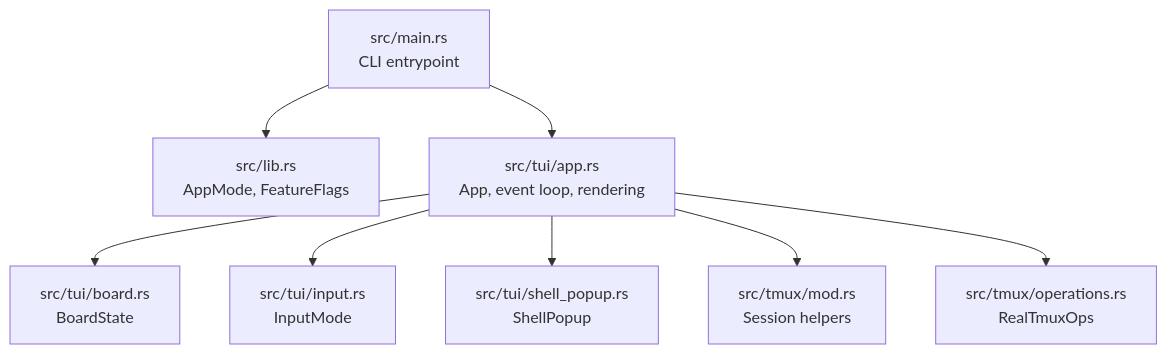
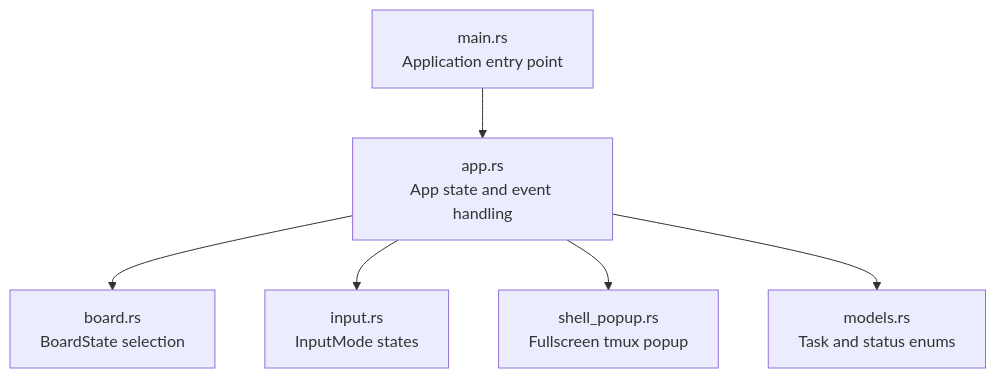
The first of 5 diagrams in .qoder/repowiki/en/content/User Interface Guide/User Interface Guide.md (bramburn/agtx), drawn with Mermaid before and after one commit. The commit also changed other lines of this file and 140 other files, not shown here.

First line of the commit message:
fix(tui): add F2 footer navigation support to shell popup

````diff
--- a/.qoder/repowiki/en/content/User Interface Guide/User Interface Guide.md
+++ b/.qoder/repowiki/en/content/User Interface Guide/User Interface Guide.md
@@ -33,10 +31,8 @@
 ```mermaid
 graph TB
-Main["src/main.rs<br/>CLI entrypoint"] --> Lib["src/lib.rs<br/>AppMode, FeatureFlags"]
-Main --> TUIApp["src/tui/app.rs<br/>App, event loop, rendering"]
-TUIApp --> Board["src/tui/board.rs<br/>BoardState"]
-TUIApp --> Input["src/tui/input.rs<br/>InputMode"]
-TUIApp --> ShellPopup["src/tui/shell_popup.rs<br/>ShellPopup"]
-TUIApp --> TmuxMod["src/tmux/mod.rs<br/>Session helpers"]
-TUIApp --> TmuxOps["src/tmux/operations.rs<br/>RealTmuxOps"]
+Main["main.rs<br/>Application entry point"] --> App["app.rs<br/>App state and event handling"]
+App --> Board["board.rs<br/>BoardState selection"]
+App --> Input["input.rs<br/>InputMode states"]
+App --> ShellPopup["shell_popup.rs<br/>Fullscreen tmux popup"]
+App --> Models["models.rs<br/>Task and status enums"]
 ```
````
